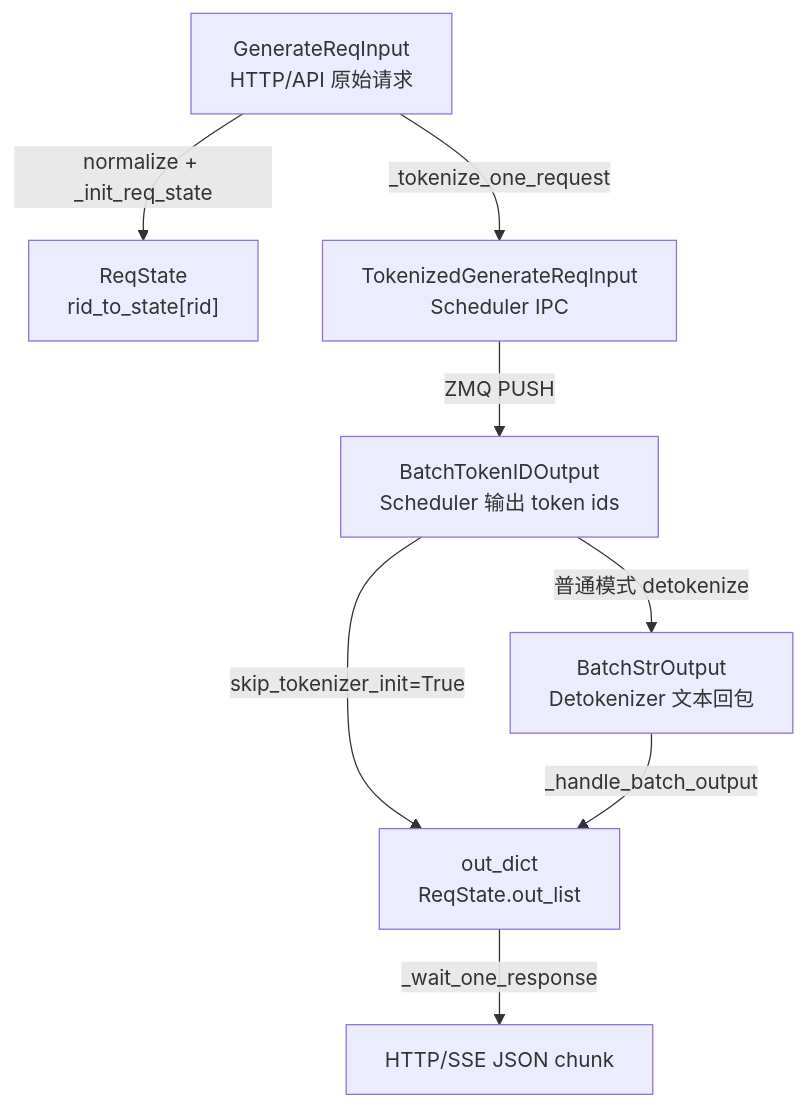
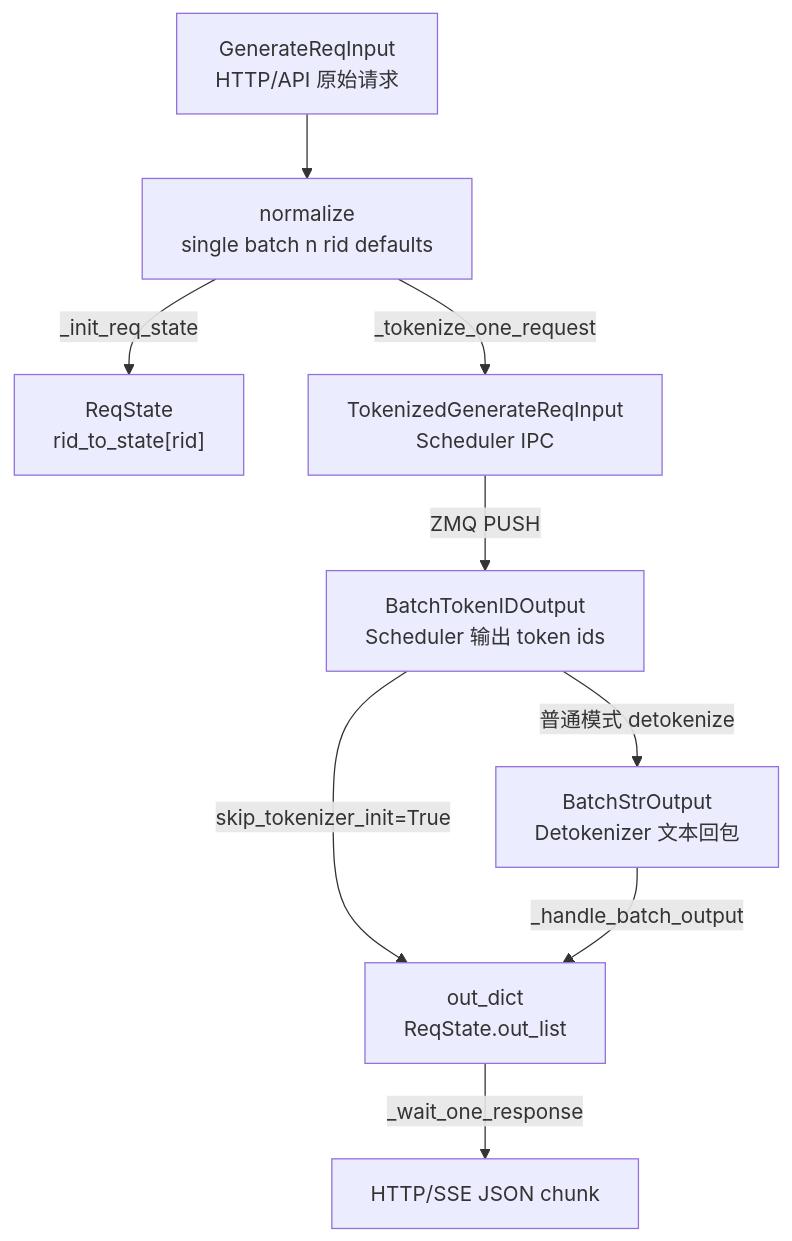
Before and after one commit to OnlyHero5/sglang-reading-vault: the diagram in sglang_reading/请求调度/TokenizerManager/SGLang-TokenizerManager-数据流.md, drawn with Mermaid. The commit also changed other lines of this file and 512 other files, not shown here.

````diff
--- a/sglang_reading/请求调度/TokenizerManager/SGLang-TokenizerManager-数据流.md
+++ b/sglang_reading/请求调度/TokenizerManager/SGLang-TokenizerManager-数据流.md
@@ -22,18 +22,20 @@
 ```mermaid
 flowchart TD
     A["GenerateReqInput<br/>HTTP/API 原始请求"]
+    N["normalize<br/>single batch n rid defaults"]
     B["ReqState<br/>rid_to_state[rid]"]
     C["TokenizedGenerateReqInput<br/>Scheduler IPC"]
     D["BatchTokenIDOutput<br/>Scheduler 输出 token ids"]
     E["BatchStrOutput<br/>Detokenizer 文本回包"]
     F["out_dict<br/>ReqState.out_list"]
     G["HTTP/SSE JSON chunk"]
 
-    A -->|"normalize + _init_req_state"| B
-    A -->|"_tokenize_one_request"| C
+    A --> N
+    N -->|"_init_req_state"| B
+    N -->|"_tokenize_one_request"| C
     C -->|"ZMQ PUSH"| D
     D -->|"普通模式 detokenize"| E
     D -->|"skip_tokenizer_init=True"| F
     E -->|"_handle_batch_output"| F
     F -->|"_wait_one_response"| G
 ```
````
